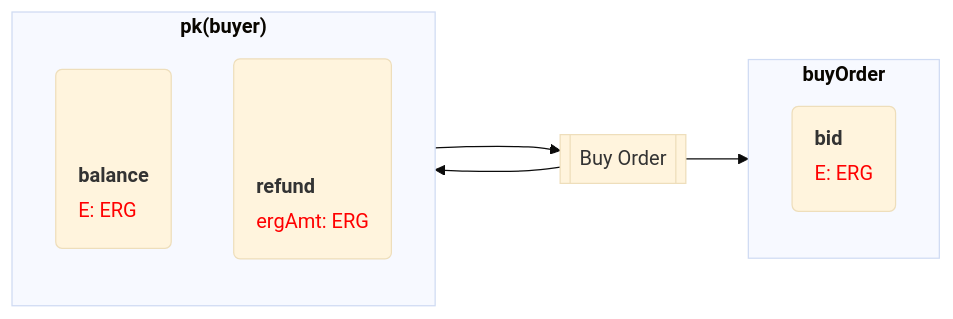
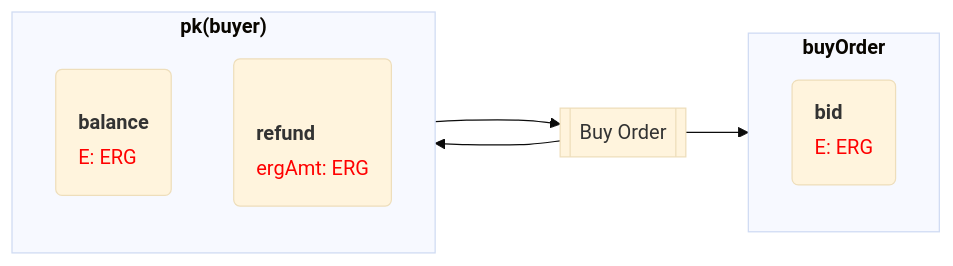
The first of 3 diagrams in ergoscript/example-contracts/dex-flowcard.md (RalfWeiss/ergo-course-summary), drawn with Mermaid (base theme) before and after one commit. The commit also changed other lines of this file, not shown here.

Commit message:
margin-top samples

````diff
--- a/ergoscript/example-contracts/dex-flowcard.md
+++ b/ergoscript/example-contracts/dex-flowcard.md
@@ -10,43 +10,43 @@
 ```mermaid
 flowchart LR
 
   %% Guard pkBuyer
   subgraph pkBuyer["<b>pk(buyer)</b>"]
     direction TB
 
     %% the margin-top reduction is only necessary for VSCode not for Github
     %% balance("<table style='text-align:left; margin-bottom: 0;' > 
-    balance("<table style='text-align:left; margin-top: -2ex; margin-bottom: 0;' >     
+    balance("<table style='text-align:left; margin-top: -7ex; margin-bottom: 0;' >     
       <tr><th '><b>balance</b></th></tr> 
       <tr><td style='color:red'>E: ERG</td></tr> 
       </table>  ")
 
     %% adjust margin-top: lines = 4; margin-top -9ex --> (lines-1) * 3 ex
-    %% refund("<table style='text-align:left; margin-top: -9ex; margin-bottom: 0;' > 
-    refund("<table style='text-align:left; margin-bottom: 0;' > 
+    %% refund("<table style='text-align:left; margin-bottom: 0;' > 
+    refund("<table style='text-align:left; margin-top: -5ex; margin-bottom: 0;' >     
       <tr><th '><b>refund</b></th></tr> 
       <tr><td style='color:red'>ergAmt: ERG</td></tr> 
       </table>  ")
 
   end
 
   TBo[["Buy Order"]]
 
   %% Guard buyOrder
   subgraph buyOrder["<b>buyOrder</b>"]
     direction TB
 
     %% adjust margin-top: lines = 4; margin-top -9ex --> (lines-1) * 3 ex
     bid("<table style='text-align:left; margin-top: -9ex; margin-bottom: 0;' > 
       <tr><th '><b>bid</b></th></tr> 
       <tr><td style='color:red'>E: ERG</td></tr> 
       </table>  ")
 
   end
 
 
   balance ---> TBo
   TBo --> bid
   TBo --> refund
 
 ```
````
